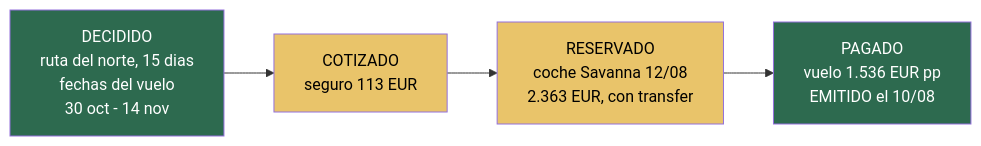
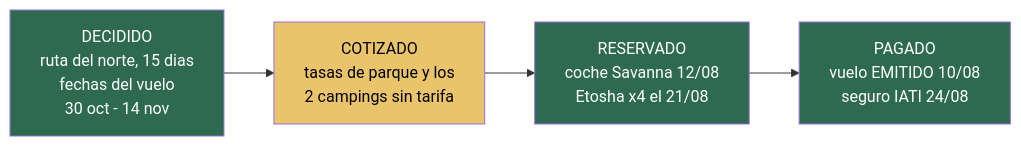
Before and after one commit to morandeirachema/namibia: the first of 6 diagrams in README.md, drawn with Mermaid. The commit also changed other lines of this file and 6 other files, not shown here.

````diff
--- a/README.md
+++ b/README.md
@@ -35,10 +35,10 @@
 ```mermaid
 flowchart LR
-    D["DECIDIDO<br/>ruta del norte, 15 dias<br/>fechas del vuelo<br/>30 oct - 14 nov"] --> C["COTIZADO<br/>seguro 113 EUR"]
-    C --> R["RESERVADO<br/>coche Savanna 12/08<br/>2.363 EUR, con transfer"]
-    R --> P["PAGADO<br/>vuelo 1.536 EUR pp<br/>EMITIDO el 10/08"]
+    D["DECIDIDO<br/>ruta del norte, 15 dias<br/>fechas del vuelo<br/>30 oct - 14 nov"] --> C["COTIZADO<br/>tasas de parque y los<br/>2 campings sin tarifa"]
+    C --> R["RESERVADO<br/>coche Savanna 12/08<br/>Etosha x4 el 21/08"]
+    R --> P["PAGADO<br/>vuelo EMITIDO 10/08<br/>seguro IATI 24/08"]
     style D fill:#2d6a4f,color:#fff
     style C fill:#e9c46a,color:#000
-    style R fill:#e9c46a,color:#000
+    style R fill:#2d6a4f,color:#fff
     style P fill:#2d6a4f,color:#fff
 ```
````
